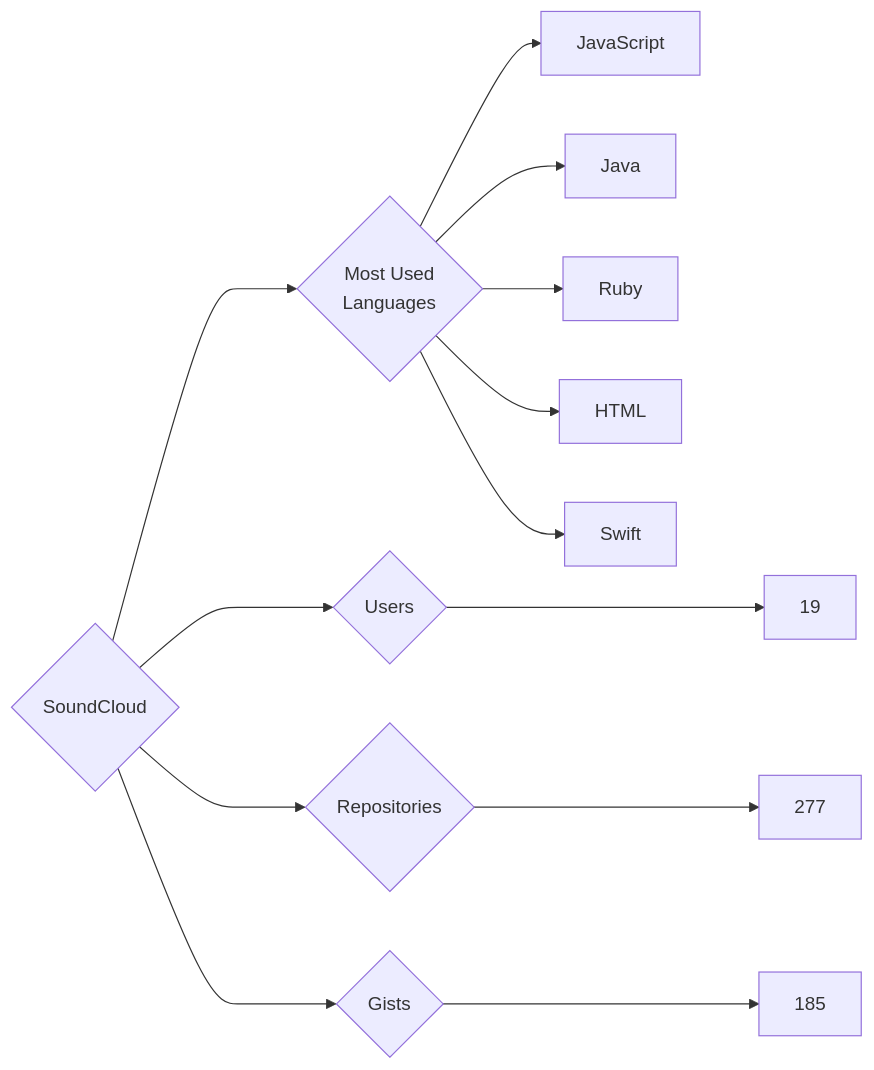
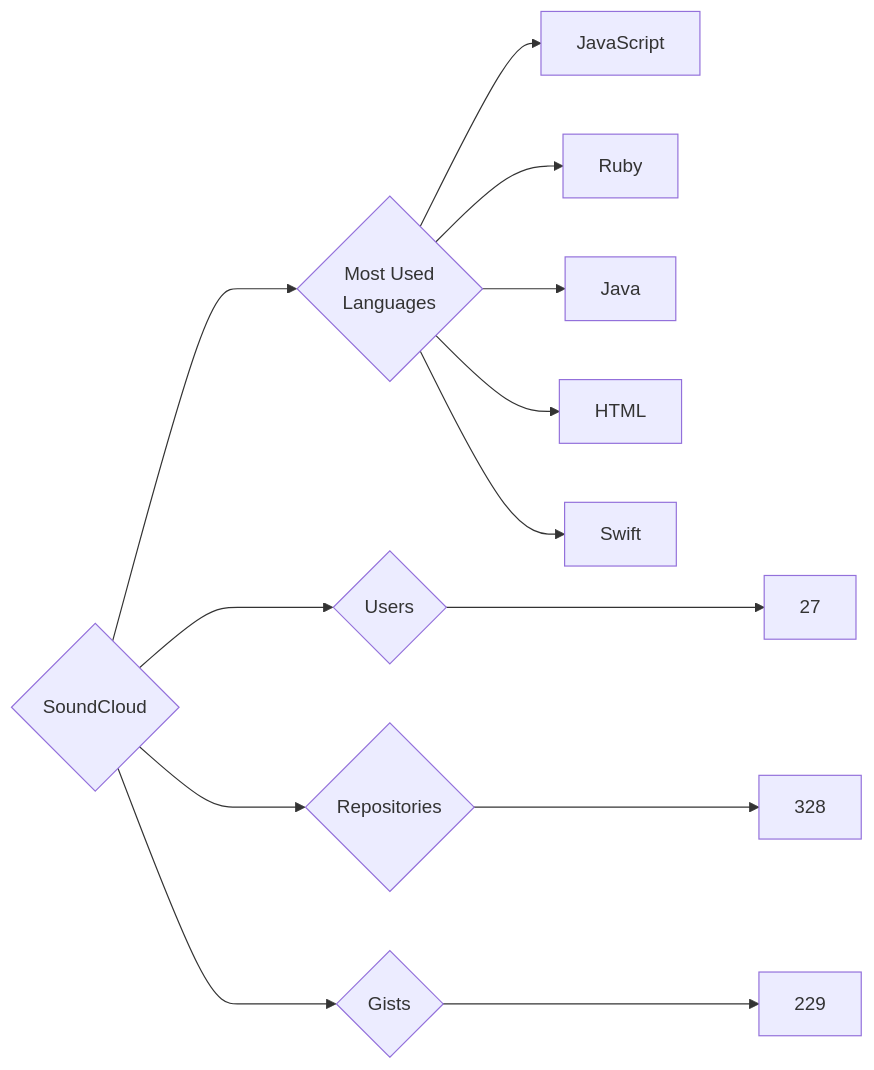
One commit to trickest/insiders changed the diagram in targets/SoundCloud/README.md. Above: the diagram before and after it, drawn with Mermaid. The commit also changed 973 other files, not shown here.

````diff
--- a/targets/SoundCloud/README.md
+++ b/targets/SoundCloud/README.md
@@ -3,13 +3,13 @@
 ```mermaid
 graph LR
 COMPANY_NAME{SoundCloud}
-COMPANY_NAME ---> U{Users} ---> UN[19]
-COMPANY_NAME ---> R{Repositories} ---> RN[277]
-COMPANY_NAME ---> G{Gists} ---> GN[185]
+COMPANY_NAME ---> U{Users} ---> UN[27]
+COMPANY_NAME ---> R{Repositories} ---> RN[328]
+COMPANY_NAME ---> G{Gists} ---> GN[229]
 COMPANY_NAME ---> ML{Most Used<br>Languages}
 ML --> JavaScript[JavaScript]
+ML --> Ruby[Ruby]
 ML --> Java[Java]
-ML --> Ruby[Ruby]
 ML --> HTML[HTML]
 ML --> Swift[Swift]
 ```
````
